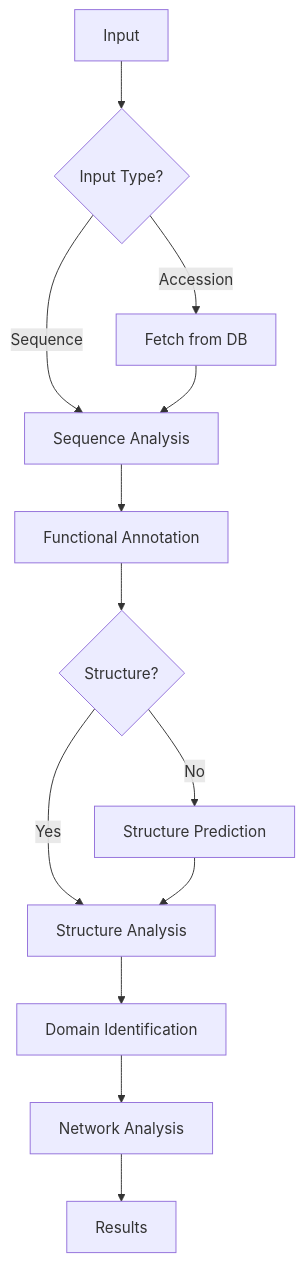
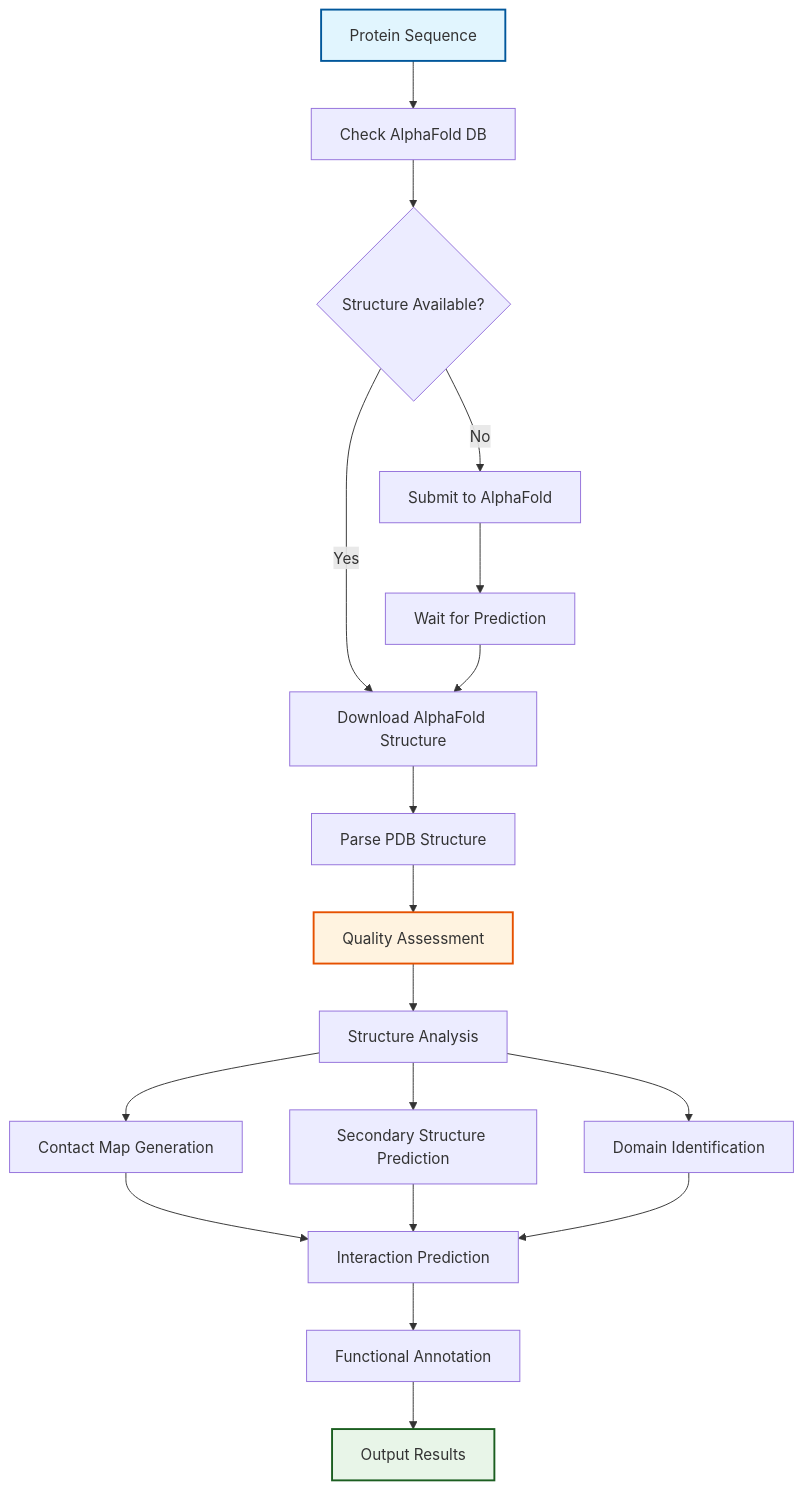
The third of 3 diagrams in src/metainformant/protein/README.md (docxology/MetaInformAnt), drawn with Mermaid before and after one commit. The commit also changed other lines of this file and 1159 other files, not shown here.

````diff
--- a/src/metainformant/protein/README.md
+++ b/src/metainformant/protein/README.md
@@ -53,15 +100,28 @@
 ```mermaid
-flowchart TD
-    Start[Input] --> InputType{Input Type?}
-    InputType -->|Sequence| Seq[Sequence Analysis]
-    InputType -->|Accession| Fetch[Fetch from DB]
-    Fetch --> Seq
-    Seq --> Annotate[Functional Annotation]
-    Annotate --> Structure{Structure?}
-    Structure -->|Yes| AnalyzeStruct[Structure Analysis]
-    Structure -->|No| Predict[Structure Prediction]
-    Predict --> AnalyzeStruct
-    AnalyzeStruct --> Domains[Domain Identification]
-    Domains --> Networks[Network Analysis]
-    Networks --> Output[Results]
+graph TD
+    A[Protein Sequence] --> B[Check AlphaFold DB]
+    B --> C{Structure Available?}
+    C -->|Yes| D[Download AlphaFold Structure]
+    C -->|No| E[Submit to AlphaFold]
+    E --> F[Wait for Prediction]
+    F --> D
+
+    D --> G[Parse PDB Structure]
+    G --> H[Quality Assessment]
+    H --> I[Structure Analysis]
+
+    I --> J[Contact Map Generation]
+    I --> K[Secondary Structure Prediction]
+    I --> L[Domain Identification]
+
+    J --> M[Interaction Prediction]
+    K --> M
+    L --> M
+
+    M --> N[Functional Annotation]
+    N --> O[Output Results]
+
+    style A fill:#e1f5fe,stroke:#01579b,stroke-width:2px
+    style H fill:#fff3e0,stroke:#e65100,stroke-width:2px
+    style O fill:#e8f5e8,stroke:#1b5e20,stroke-width:2px
 ```
````
